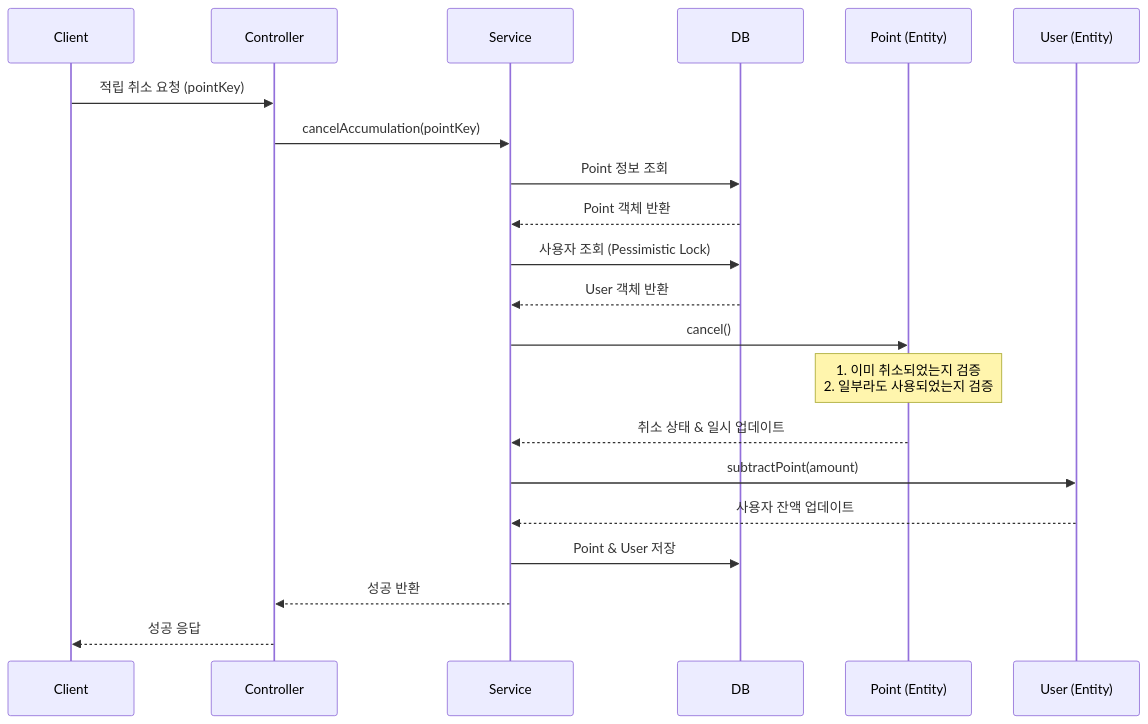
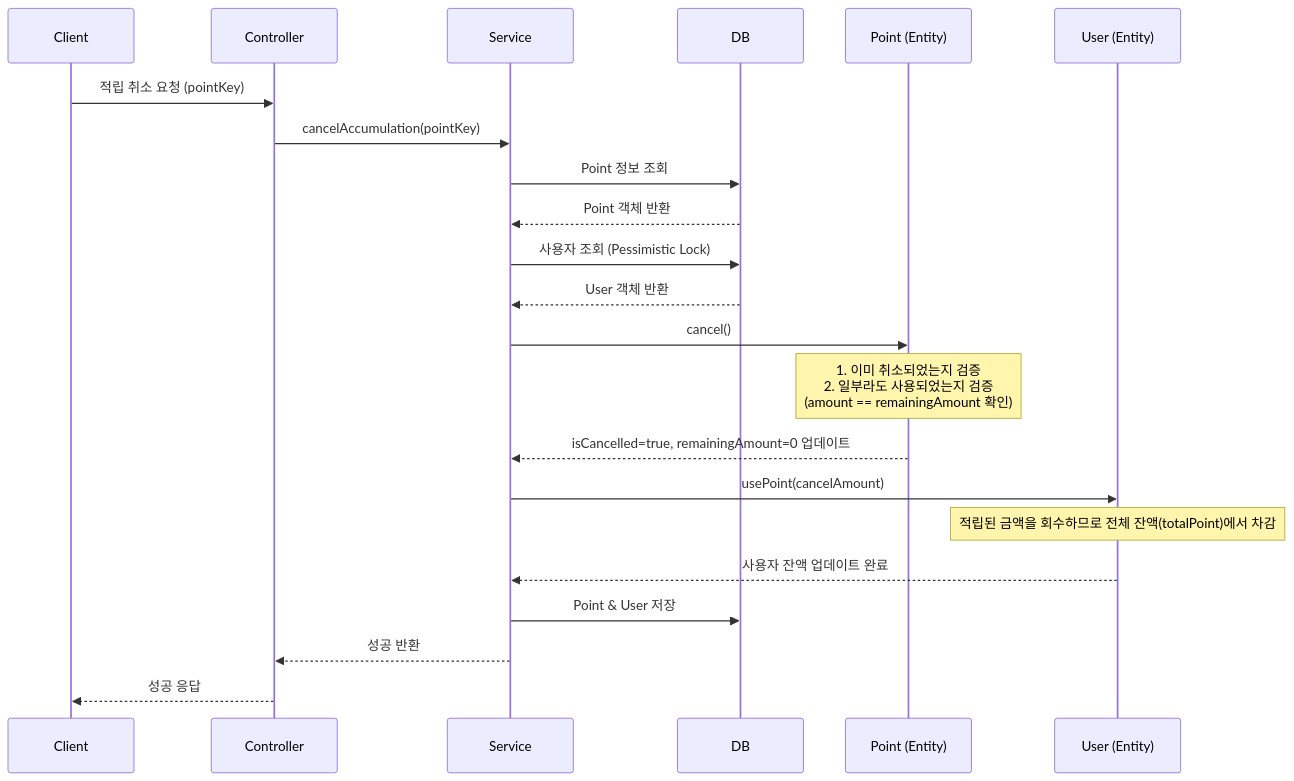
One commit to muzzaiwork/point changed the diagram in docs/api/cancel-accumulation.md. Above: the diagram before and after it, drawn with Mermaid. The commit also changed other lines of this file and 7 other files, not shown here.

````diff
--- a/docs/api/cancel-accumulation.md
+++ b/docs/api/cancel-accumulation.md
@@ -33,24 +33,29 @@
 ```mermaid
 sequenceDiagram
     participant Client
     participant Controller
     participant Service
     participant DB
     participant PointEntity as Point (Entity)
     participant UserEntity as User (Entity)
 
     Client->>Controller: 적립 취소 요청 (pointKey)
     Controller->>Service: cancelAccumulation(pointKey)
     Service->>DB: Point 정보 조회
     DB-->>Service: Point 객체 반환
+    
     Service->>DB: 사용자 조회 (Pessimistic Lock)
     DB-->>Service: User 객체 반환
+    
     Service->>PointEntity: cancel()
-    Note over PointEntity: 1. 이미 취소되었는지 검증<br/>2. 일부라도 사용되었는지 검증
-    PointEntity-->>Service: 취소 상태 & 일시 업데이트
-    Service->>UserEntity: subtractPoint(amount)
-    UserEntity-->>Service: 사용자 잔액 업데이트
+    Note over PointEntity: 1. 이미 취소되었는지 검증<br/>2. 일부라도 사용되었는지 검증<br/>(amount == remainingAmount 확인)
+    PointEntity-->>Service: isCancelled=true, remainingAmount=0 업데이트
+    
+    Service->>UserEntity: usePoint(cancelAmount)
+    Note over UserEntity: 적립된 금액을 회수하므로 전체 잔액(totalPoint)에서 차감
+    UserEntity-->>Service: 사용자 잔액 업데이트 완료
+    
     Service->>DB: Point & User 저장
     Service-->>Controller: 성공 반환
     Controller-->>Client: 성공 응답
 ```
````
